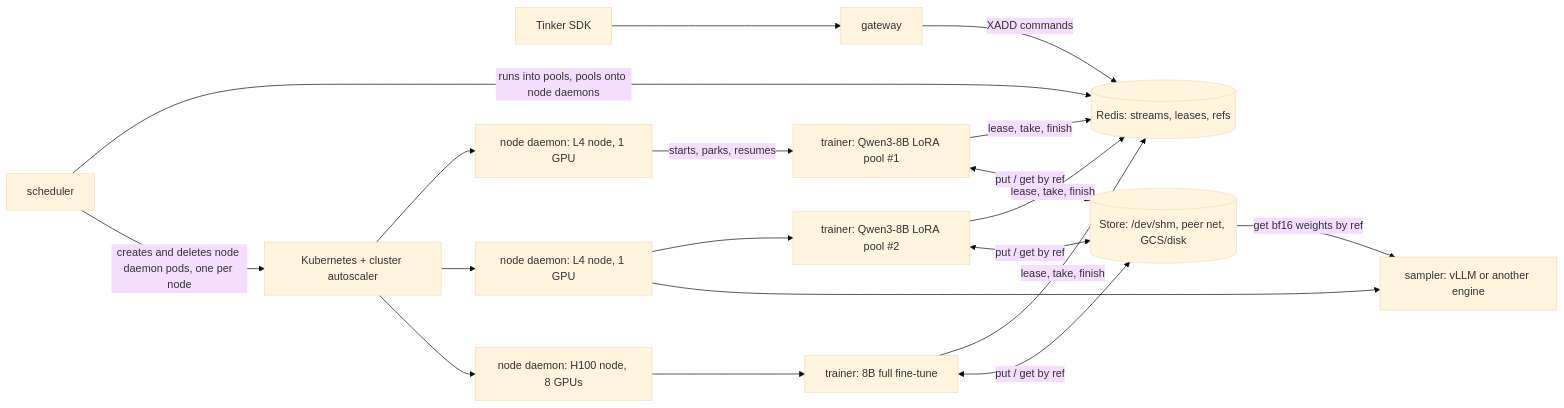
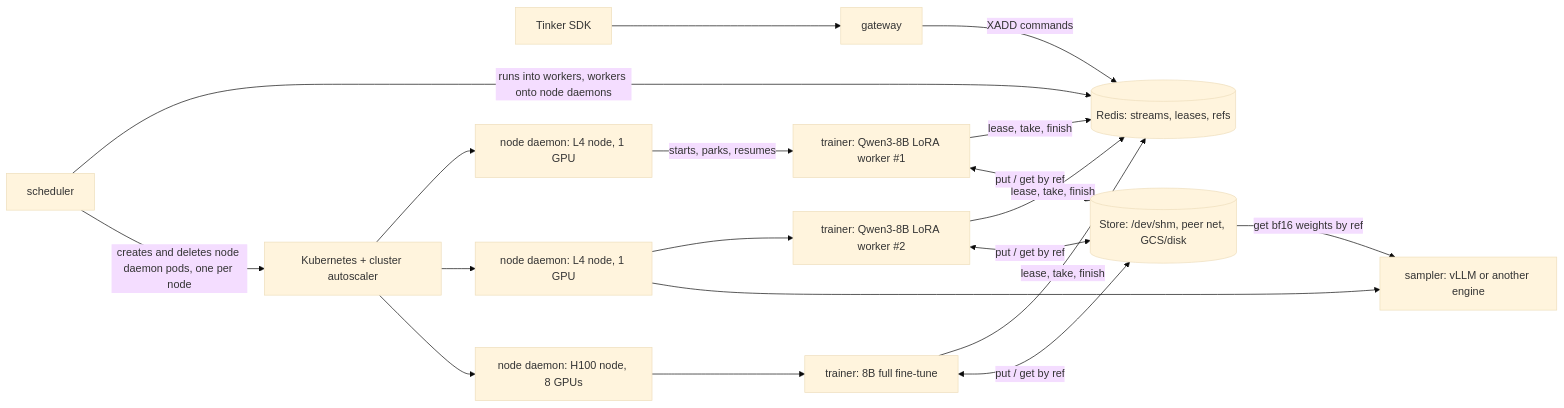
Before and after one commit to ShubyM/tiny-open-rl: the first of 2 diagrams in docs/kubernetes.md, drawn with Mermaid (base theme). The commit also changed other lines of this file and 20 other files, not shown here.

First line of the commit message:
Rename pool to worker (#35)

````diff
--- a/docs/kubernetes.md
+++ b/docs/kubernetes.md
@@ -17,17 +17,17 @@
 ```mermaid
 flowchart LR
   SDK["Tinker SDK"] --> GW["gateway"]
   GW -- "XADD commands" --> R[("Redis: streams, leases, refs")]
-  S["scheduler"] -- "runs into pools, pools onto node daemons" --> R
+  S["scheduler"] -- "runs into workers, workers onto node daemons" --> R
   S -- "creates and deletes node daemon pods, one per node" --> K["Kubernetes + cluster autoscaler"]
   K --> A1["node daemon: L4 node, 1 GPU"]
   K --> A2["node daemon: L4 node, 1 GPU"]
   K --> A8["node daemon: H100 node, 8 GPUs"]
-  A1 -- "starts, parks, resumes" --> T1["trainer: Qwen3-8B LoRA pool #1"]
-  A2 --> T2["trainer: Qwen3-8B LoRA pool #2"]
+  A1 -- "starts, parks, resumes" --> T1["trainer: Qwen3-8B LoRA worker #1"]
+  A2 --> T2["trainer: Qwen3-8B LoRA worker #2"]
   A8 --> T3["trainer: 8B full fine-tune"]
   A2 --> V1["sampler: vLLM or another engine"]
   T1 & T2 & T3 -- "lease, take, finish" --> R
   T1 & T2 & T3 <-- "put / get by ref" --> ST[("Store: /dev/shm, peer net, GCS/disk")]
   ST -- "get bf16 weights by ref" --> V1
 ```
````
